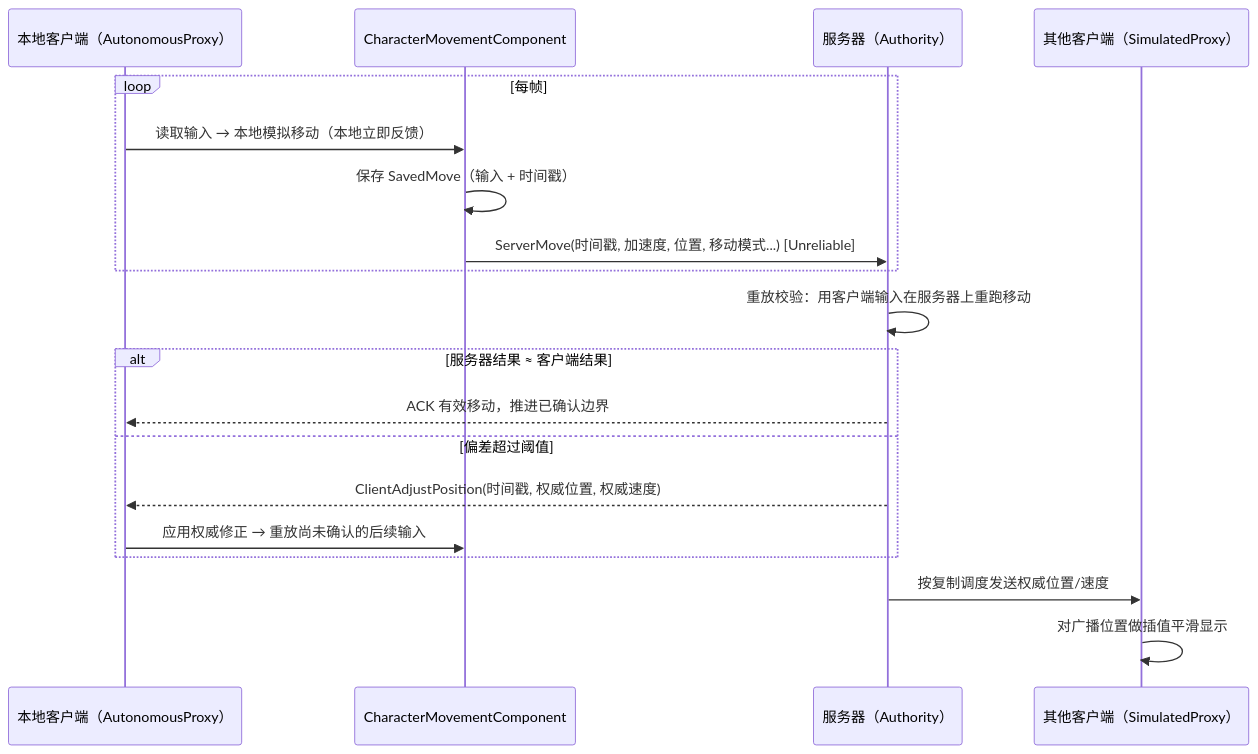
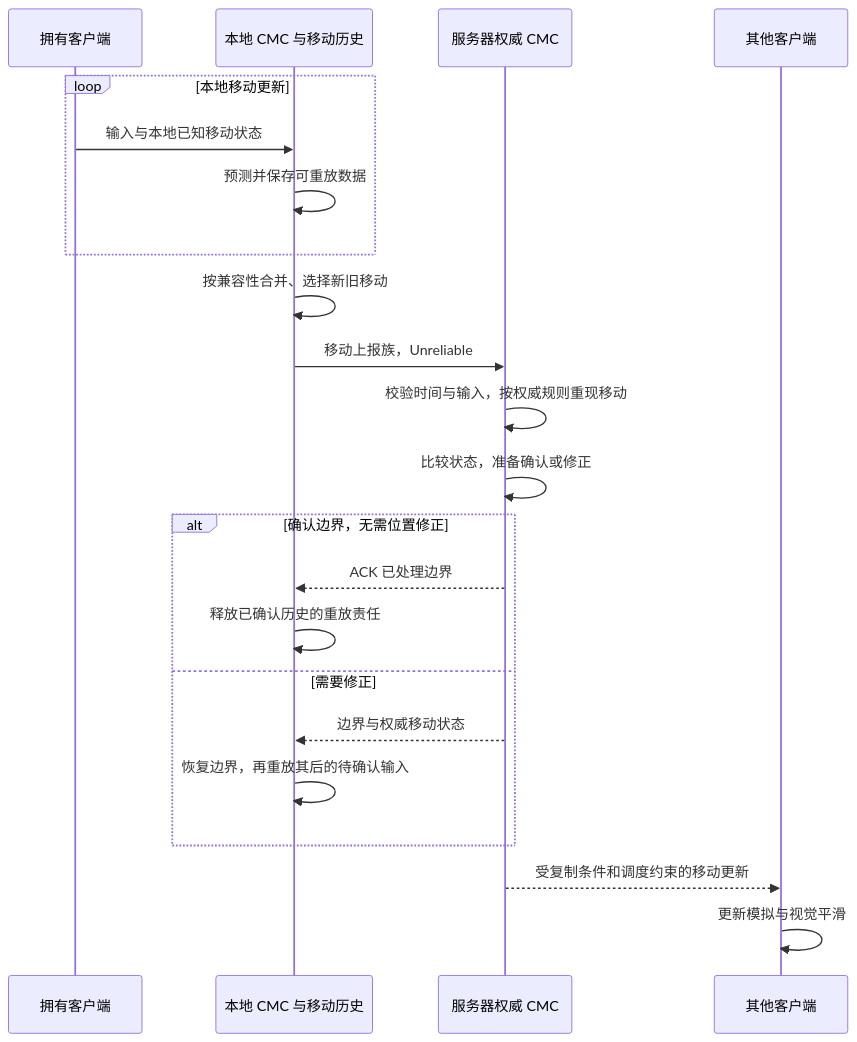
Before and after one commit to fantuan812/learning: the first of 2 diagrams in 知识/07-网络与游戏服务端/同步预测与回放/03-客户端预测与延迟补偿.md, drawn with Mermaid. The commit also changed other lines of this file and 1 other file, not shown here.

````diff
--- a/知识/07-网络与游戏服务端/同步预测与回放/03-客户端预测与延迟补偿.md
+++ b/知识/07-网络与游戏服务端/同步预测与回放/03-客户端预测与延迟补偿.md
@@ -67,22 +71,24 @@
 ```mermaid
 sequenceDiagram
-    participant L as 本地客户端（AutonomousProxy）
-    participant CMC as CharacterMovementComponent
-    participant S as 服务器（Authority）
-    participant O as 其他客户端（SimulatedProxy）
-
-    loop 每帧
-        L->>CMC: 读取输入 → 本地模拟移动（本地立即反馈）
-        CMC->>CMC: 保存 SavedMove（输入 + 时间戳）
-        CMC->>S: ServerMove(时间戳, 加速度, 位置, 移动模式...) [Unreliable]
+    participant L as 拥有客户端
+    participant C as 本地 CMC 与移动历史
+    participant S as 服务器权威 CMC
+    participant O as 其他客户端
+    loop 本地移动更新
+        L->>C: 输入与本地已知移动状态
+        C->>C: 预测并保存可重放数据
     end
-    S->>S: 重放校验：用客户端输入在服务器上重跑移动
-    alt 服务器结果 ≈ 客户端结果
-        S-->>L: ACK 有效移动，推进已确认边界
-    else 偏差超过阈值
-        S-->>L: ClientAdjustPosition(时间戳, 权威位置, 权威速度)
-        L->>CMC: 应用权威修正 → 重放尚未确认的后续输入
+    C->>C: 按兼容性合并、选择新旧移动
+    C->>S: 移动上报族，Unreliable
+    S->>S: 校验时间与输入，按权威规则重现移动
+    S->>S: 比较状态，准备确认或修正
+    alt 确认边界，无需位置修正
+        S-->>C: ACK 已处理边界
+        C->>C: 释放已确认历史的重放责任
+    else 需要修正
+        S-->>C: 边界与权威移动状态
+        C->>C: 恢复边界，再重放其后的待确认输入
     end
-    S->>O: 按复制调度发送权威位置/速度
-    O->>O: 对广播位置做插值平滑显示
+    S-->>O: 受复制条件和调度约束的移动更新
+    O->>O: 更新模拟与视觉平滑
 ```
````
